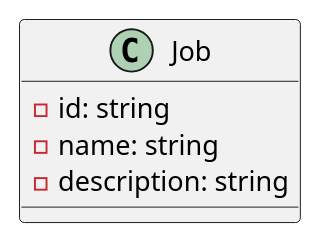
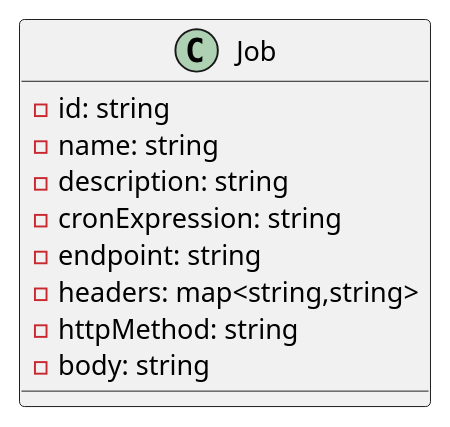
The diagram in src/main/java/com/example/demo/docs/diagram/Job.puml (heryandjaruma/pfbe-scheduler-poc), drawn with PlantUML before and after one commit. The commit also changed 9 other files, not shown here.

```diff
--- a/src/main/java/com/example/demo/docs/diagram/Job.puml
+++ b/src/main/java/com/example/demo/docs/diagram/Job.puml
@@ -1,9 +1,14 @@
 @startuml
 
 class Job {
 - id: string
 - name: string
 - description: string
+- cronExpression: string
+- endpoint: string
+- headers: map<string,string>
+- httpMethod: string
+- body: string
 }
 
 @enduml
```
